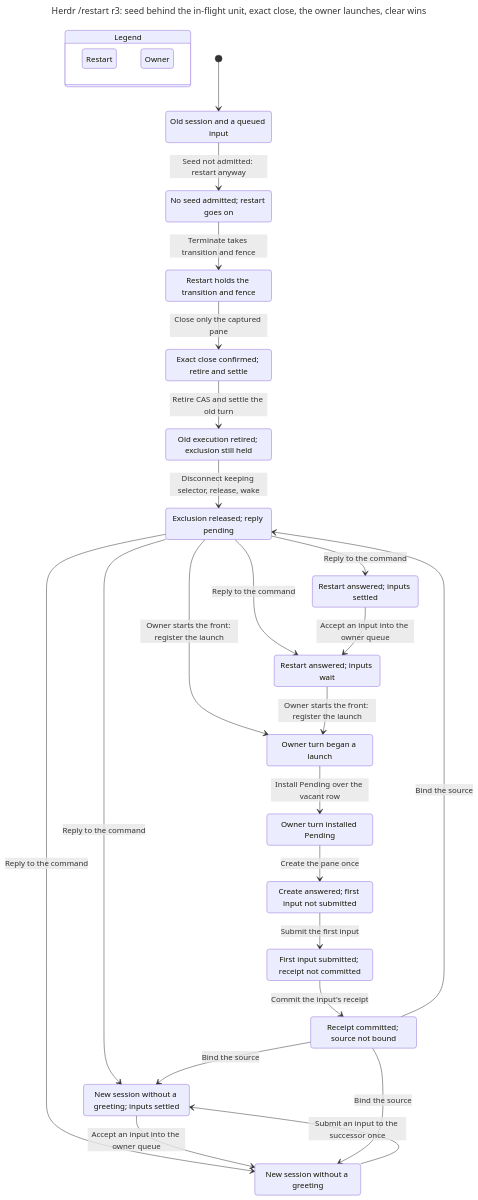
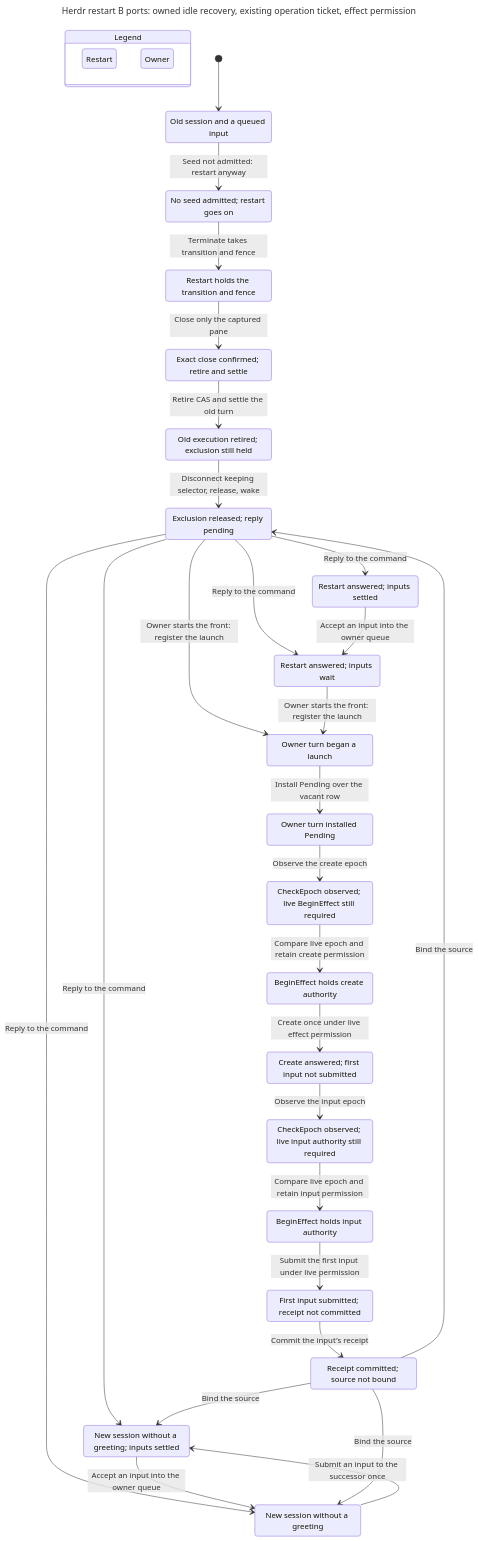
One commit to itismyfield/AgentDesk changed the diagram in docs/statecharts/session-lifecycle/herdr-restart-owner-Seedless.chart.mmd. Above: the diagram before and after it, drawn with Mermaid. The commit also changed 193 other files, not shown here.

First line of the commit message:
docs: split Herdr restart implementation at the size gate

```diff
--- a/docs/statecharts/session-lifecycle/herdr-restart-owner-Seedless.chart.mmd
+++ b/docs/statecharts/session-lifecycle/herdr-restart-owner-Seedless.chart.mmd
@@ -1,57 +1,65 @@
 ---
-title: "Herdr /restart r3: seed behind the in-flight unit, exact close, the owner launches, clear wins"
+title: "Herdr restart B ports: owned idle recovery, existing operation ticket, effect permission"
 ---
 stateDiagram-v2
   state "Legend" as legend {
     lg0: Restart
     lg1: Owner
   }
   class lg0 blue
   class lg1 purple
   s0: Old session and a queued input
   s1: No seed admitted#59; restart goes on
   s2: Restart holds the transition and fence
   s3: Exact close confirmed#59; retire and settle
   s4: Old execution retired#59; exclusion still held
   s5: Exclusion released#59; reply pending
   s6: Owner turn began a launch
   s7: Restart answered#59; inputs wait
   s8: Owner turn installed Pending
   s9: Restart answered#59; inputs settled
-  s10: Create answered#59; first input not submitted
-  s11: First input submitted#59; receipt not committed
-  s12: Receipt committed#59; source not bound
-  s13: New session without a greeting#59; inputs settled
-  s14: New session without a greeting
+  s10: CheckEpoch observed#59; live BeginEffect still required
+  s11: BeginEffect holds create authority
+  s12: Create answered#59; first input not submitted
+  s13: CheckEpoch observed#59; live input authority still required
+  s14: BeginEffect holds input authority
+  s15: First input submitted#59; receipt not committed
+  s16: Receipt committed#59; source not bound
+  s17: New session without a greeting#59; inputs settled
+  s18: New session without a greeting
   [*] --> s0
   s0 --> s1: Seed not admitted: restart anyway
   s1 --> s2: Terminate takes transition and fence
   s2 --> s3: Close only the captured pane
   s3 --> s4: Retire CAS and settle the old turn
   s4 --> s5: Disconnect keeping selector, release, wake
   s5 --> s6: Owner starts the front: register the launch
   s5 --> s7: Reply to the command
   s5 --> s9: Reply to the command
   s6 --> s8: Install Pending over the vacant row
   s7 --> s6: Owner starts the front: register the launch
-  s8 --> s10: Create the pane once
+  s8 --> s10: Observe the create epoch
   s9 --> s7: Accept an input into the owner queue
-  s10 --> s11: Submit the first input
-  s11 --> s12: Commit the input's receipt
-  s12 --> s5: Bind the source
-  s5 --> s13: Reply to the command
-  s12 --> s13: Bind the source
-  s5 --> s14: Reply to the command
-  s13 --> s14: Accept an input into the owner queue
-  s12 --> s14: Bind the source
-  s14 --> s13: Submit an input to the successor once
+  s10 --> s11: Compare live epoch and retain create permission
+  s11 --> s12: Create once under live effect permission
+  s12 --> s13: Observe the input epoch
+  s13 --> s14: Compare live epoch and retain input permission
+  s14 --> s15: Submit the first input under live permission
+  s15 --> s16: Commit the input's receipt
+  s16 --> s5: Bind the source
+  s5 --> s17: Reply to the command
+  s16 --> s17: Bind the source
+  s5 --> s18: Reply to the command
+  s17 --> s18: Accept an input into the owner queue
+  s16 --> s18: Bind the source
+  s18 --> s17: Submit an input to the successor once
   class s0 blue
   class s1 blue
   class s2 blue
   class s3 blue
   class s4 blue
   class s5 blue
   class s7 purple
   class s9 purple
-  class s13 purple
-  class s14 purple
+  class s17 purple
+  class s18 purple
```
